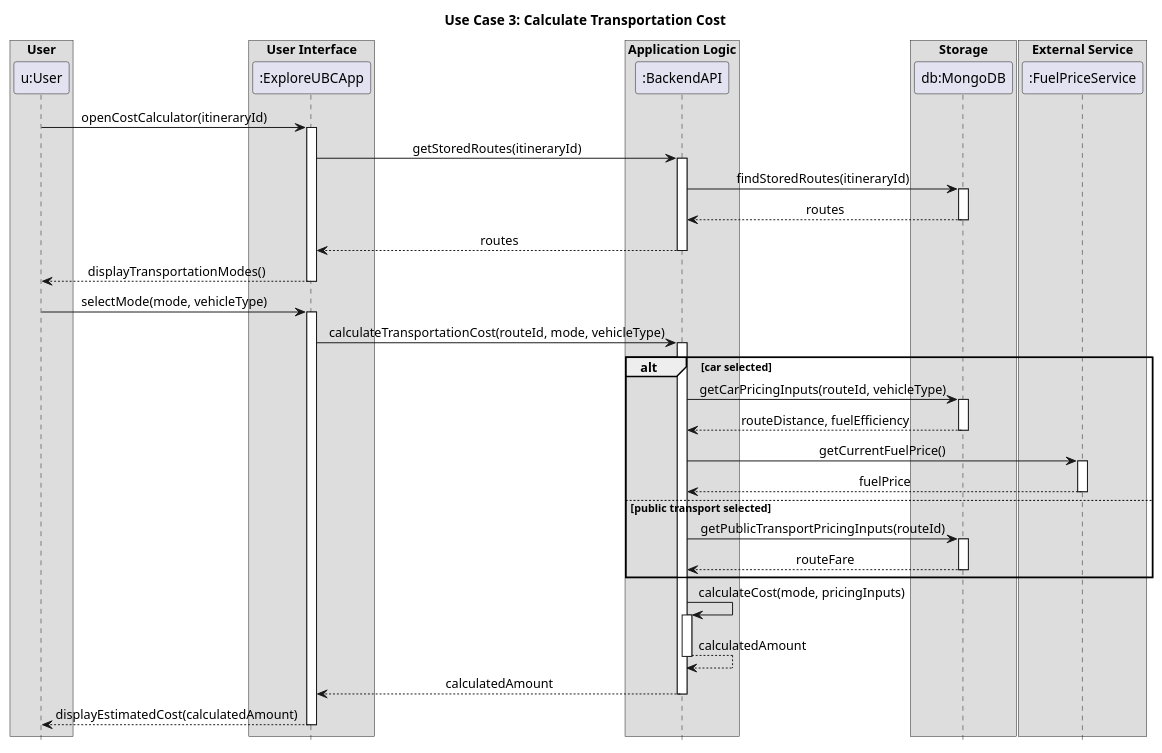
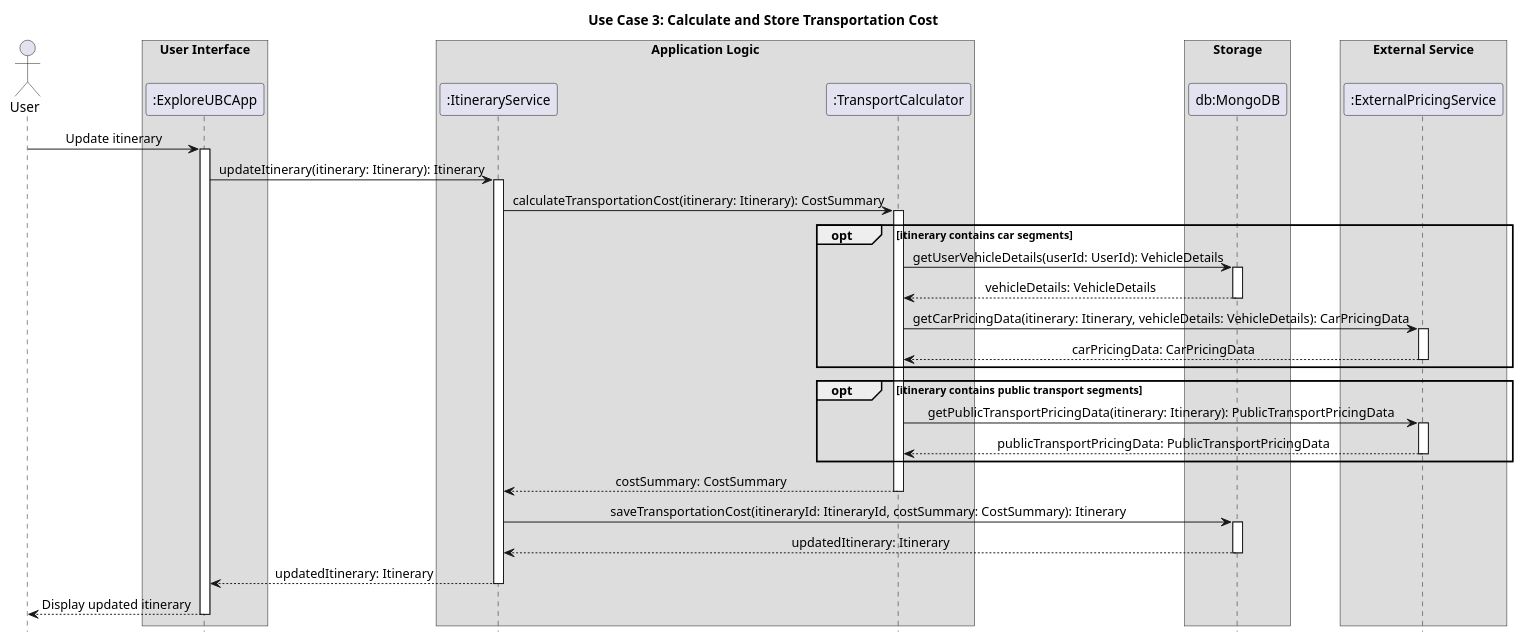
The diagram in documentation/images/transportation_cost_seq_diagram.puml (islamhampriv/ExploreUBC), drawn with PlantUML before and after one commit. The commit also changed 1 other file, not shown here.

Commit message:
docs: update sequence diagram for transportation calculator

```diff
--- a/documentation/images/transportation_cost_seq_diagram.puml
+++ b/documentation/images/transportation_cost_seq_diagram.puml
@@ -1,77 +1,73 @@
 @startuml
-title Use Case 3: Calculate Transportation Cost
+title Use Case 3: Calculate and Store Transportation Cost
 
 skinparam ArrowFontStyle plain
 skinparam ParticipantStyle rectangle
 skinparam Shadowing false
 skinparam DefaultTextAlignment center
 skinparam SequenceMessageAlign center
 skinparam SequenceBoxFontSize 15
 skinparam SequenceBoxPadding 0
 skinparam FontName Arial
 hide footbox
 
-box "User"
-participant "u:User" as User
-end box
+actor User
 
 box "User Interface"
 participant ":ExploreUBCApp" as App
 end box
 
 box "Application Logic"
-participant ":BackendAPI" as Backend
+participant ":ItineraryService" as ItineraryService
+participant ":TransportCalculator" as Calculator
 end box
 
 box "Storage"
-participant "db:MongoDB" as DB
+participant "db:MongoDB" as Database
 end box
 
 box "External Service"
-participant ":FuelPriceService" as FuelPriceService
+participant ":ExternalPricingService" as ExternalService
 end box
 
-User -> App : openCostCalculator(itineraryId)
+User -> App : Update itinerary
 activate App
-App -> Backend : getStoredRoutes(itineraryId)
-activate Backend
-Backend -> DB : findStoredRoutes(itineraryId)
-activate DB
-DB --> Backend : routes
-deactivate DB
-Backend --> App : routes
-deactivate Backend
-App --> User : displayTransportationModes()
-deactivate App
+App -> ItineraryService : updateItinerary(itinerary: Itinerary): Itinerary
+activate ItineraryService
 
-User -> App : selectMode(mode, vehicleType)
-activate App
-App -> Backend : calculateTransportationCost(routeId, mode, vehicleType)
-activate Backend
+ItineraryService -> Calculator : calculateTransportationCost(itinerary: Itinerary): CostSummary
+activate Calculator
 
-alt car selected
-    Backend -> DB : getCarPricingInputs(routeId, vehicleType)
-    activate DB
-    DB --> Backend : routeDistance, fuelEfficiency
-    deactivate DB
-    Backend -> FuelPriceService : getCurrentFuelPrice()
-    activate FuelPriceService
-    FuelPriceService --> Backend : fuelPrice
-    deactivate FuelPriceService
-else public transport selected
-    Backend -> DB : getPublicTransportPricingInputs(routeId)
-    activate DB
-    DB --> Backend : routeFare
-    deactivate DB
+opt itinerary contains car segments
+    Calculator -> Database : getUserVehicleDetails(userId: UserId): VehicleDetails
+    activate Database
+    Database --> Calculator : vehicleDetails: VehicleDetails
+    deactivate Database
+
+    Calculator -> ExternalService : getCarPricingData(itinerary: Itinerary, vehicleDetails: VehicleDetails): CarPricingData
+    activate ExternalService
+    ExternalService --> Calculator : carPricingData: CarPricingData
+    deactivate ExternalService
 end
 
-Backend -> Backend : calculateCost(mode, pricingInputs)
-activate Backend
-Backend --> Backend : calculatedAmount
-deactivate Backend
-Backend --> App : calculatedAmount
-deactivate Backend
-App --> User : displayEstimatedCost(calculatedAmount)
+opt itinerary contains public transport segments
+    Calculator -> ExternalService : getPublicTransportPricingData(itinerary: Itinerary): PublicTransportPricingData
+    activate ExternalService
+    ExternalService --> Calculator : publicTransportPricingData: PublicTransportPricingData
+    deactivate ExternalService
+end
+
+Calculator --> ItineraryService : costSummary: CostSummary
+deactivate Calculator
+
+ItineraryService -> Database : saveTransportationCost(itineraryId: ItineraryId, costSummary: CostSummary): Itinerary
+activate Database
+Database --> ItineraryService : updatedItinerary: Itinerary
+deactivate Database
+
+ItineraryService --> App : updatedItinerary: Itinerary
+deactivate ItineraryService
+App --> User : Display updated itinerary
 deactivate App
 
 @enduml
```
